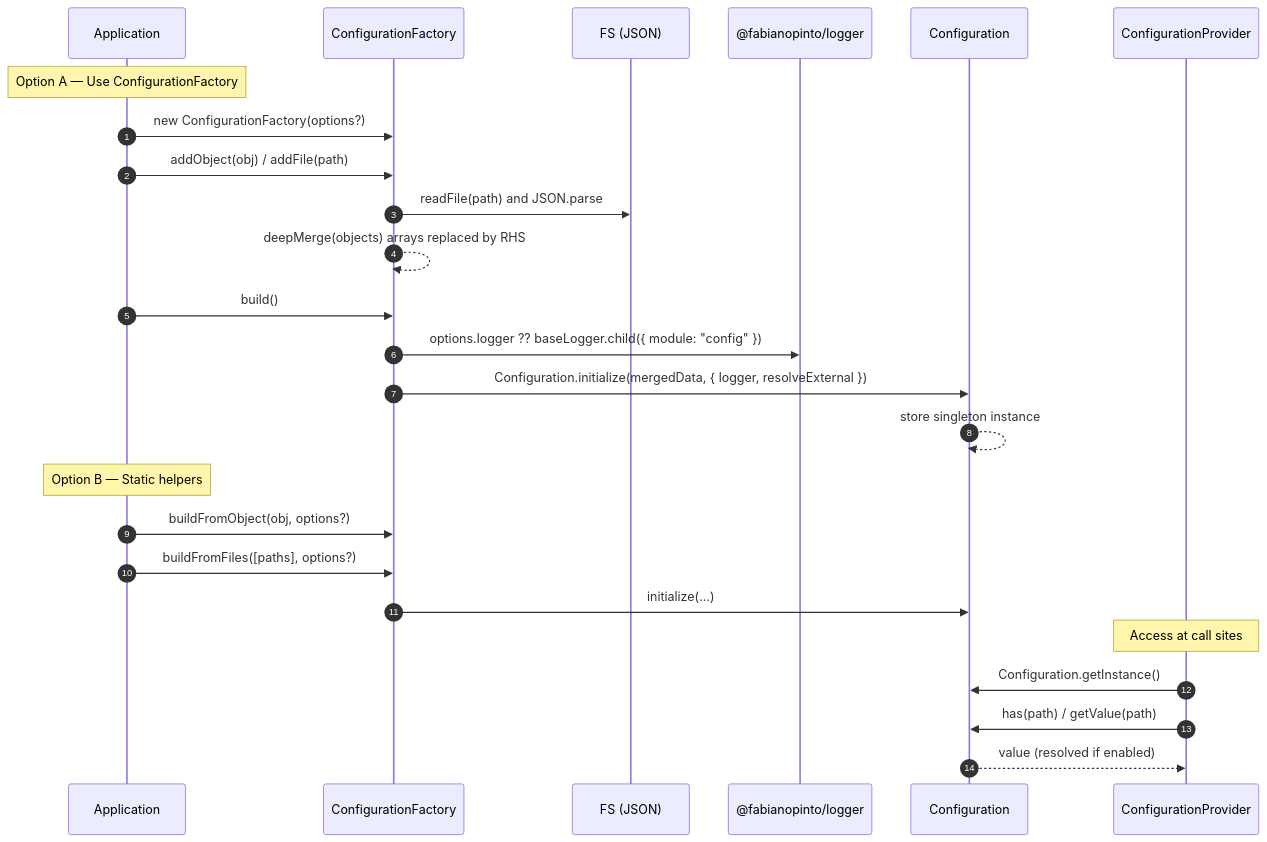
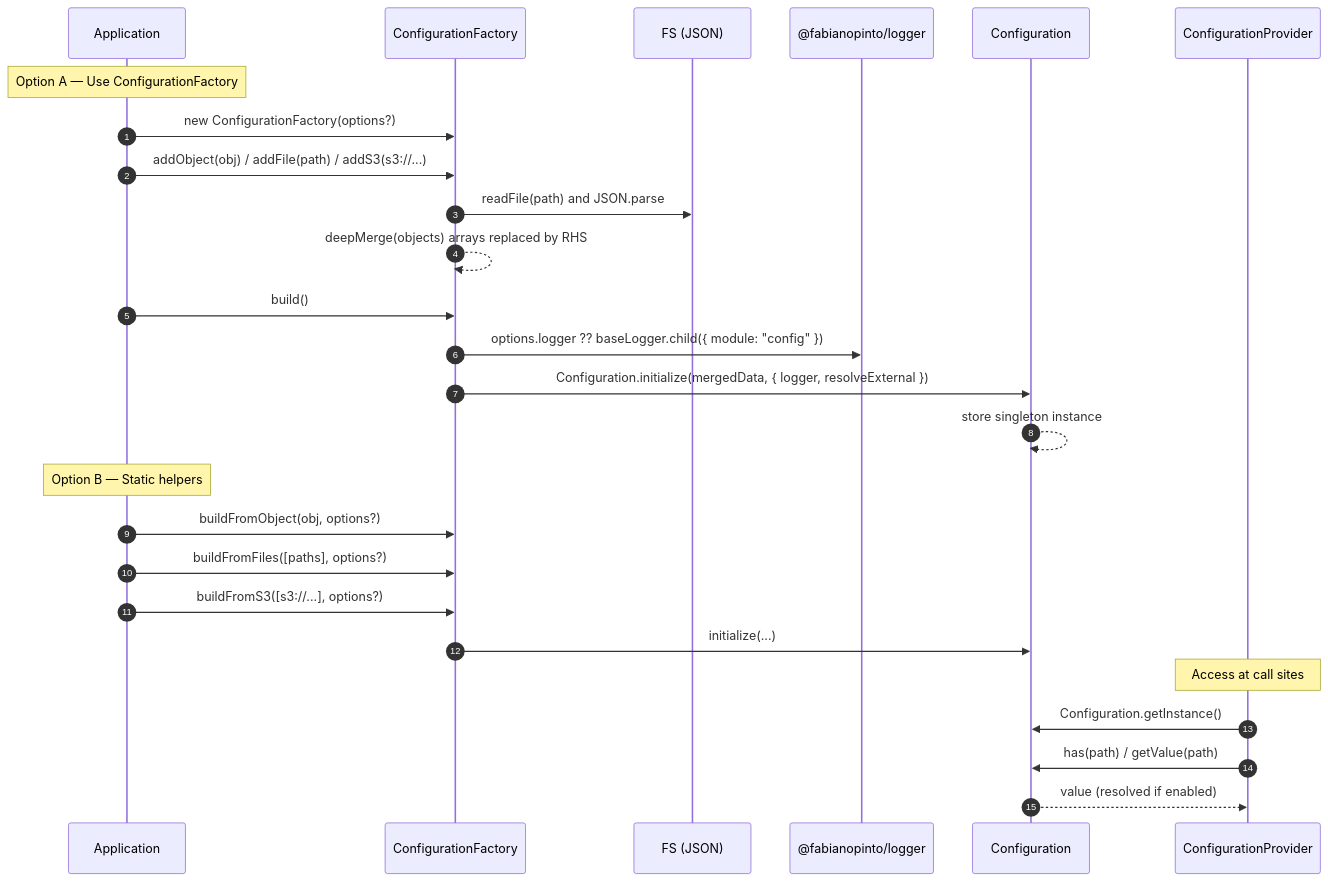
Before and after one commit to fabianopinto/ts-common: the second of 3 diagrams in packages/config/README.md, drawn with Mermaid. The commit also changed other lines of this file and 1 other file, not shown here.

````diff
--- a/packages/config/README.md
+++ b/packages/config/README.md
@@ -208,30 +253,31 @@
 ```mermaid
 sequenceDiagram
   autonumber
   participant App as Application
   participant Factory as ConfigurationFactory
   participant FS as FS (JSON)
   participant Logger as @fabianopinto/logger
   participant Config as Configuration
   participant Provider as ConfigurationProvider
 
   Note over App: Option A — Use ConfigurationFactory
   App->>Factory: new ConfigurationFactory(options?)
-  App->>Factory: addObject(obj) / addFile(path)
+  App->>Factory: addObject(obj) / addFile(path) / addS3(s3://...)
   Factory->>FS: readFile(path) and JSON.parse
   Factory-->>Factory: deepMerge(objects) arrays replaced by RHS
   App->>Factory: build()
   Factory->>Logger: options.logger ?? baseLogger.child({ module: "config" })
   Factory->>Config: Configuration.initialize(mergedData, { logger, resolveExternal })
   Config-->>Config: store singleton instance
 
   Note over App: Option B — Static helpers
   App->>Factory: buildFromObject(obj, options?)
   App->>Factory: buildFromFiles([paths], options?)
+  App->>Factory: buildFromS3([s3://...], options?)
   Factory->>Config: initialize(...)
 
   Note over Provider: Access at call sites
   Provider->>Config: Configuration.getInstance()
   Provider->>Config: has(path) / getValue(path)
   Config-->>Provider: value (resolved if enabled)
 ```
````
